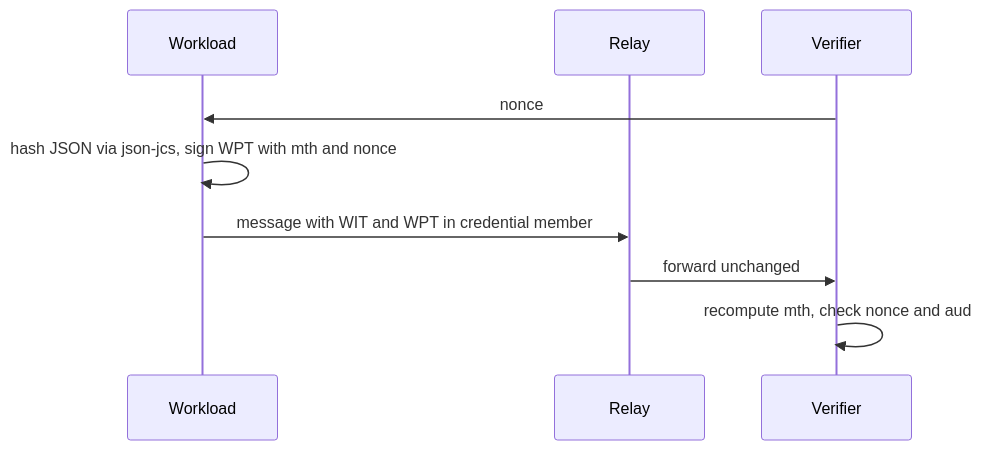
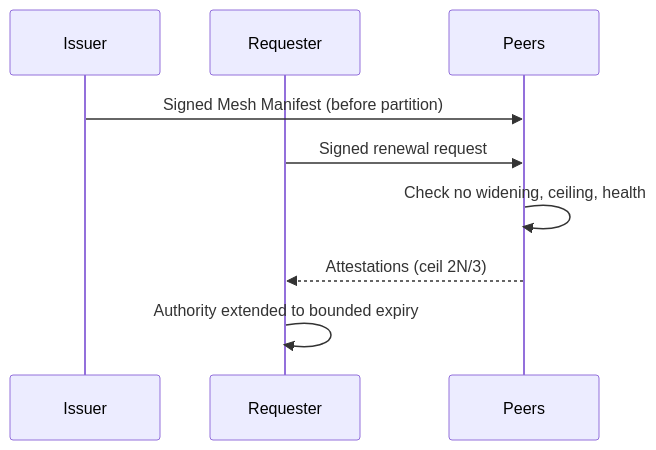
One commit to 0-draft/identity-deep-dive changed the first of 3 diagrams in tracks/ietf-wimse/reports/daily/2026-11-17.md. Above: the diagram before and after it, drawn with Mermaid. The commit also changed other lines of this file and 9 other files, not shown here.

````diff
--- a/tracks/ietf-wimse/reports/daily/2026-11-17.md
+++ b/tracks/ietf-wimse/reports/daily/2026-11-17.md
@@ -102,11 +35,11 @@
 ```mermaid
 sequenceDiagram
- participant W as Workload
- participant R as Relay
- participant V as Verifier
- V->>W: nonce
- W->>W: hash JSON via json-jcs, sign WPT with mth and nonce
- W->>R: message with WIT and WPT in credential member
- R->>V: forward unchanged
- V->>V: recompute mth, check nonce and aud
+ participant I as Issuer
+ participant W as Requester
+ participant P as Peers
+ I->>P: Signed Mesh Manifest (before partition)
+ W->>P: Signed renewal request
+ P->>P: Check no widening, ceiling, health
+ P-->>W: Attestations (ceil 2N/3)
+ W->>W: Authority extended to bounded expiry
 ```
````
